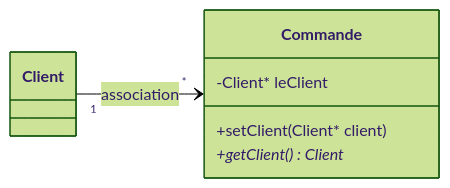
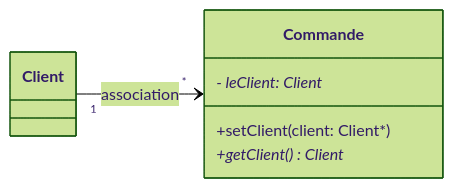
Before and after one commit to fabrice1618/intro-C: the tenth of 18 diagrams in cours_poo.md, drawn with Mermaid (forest theme). The commit also changed other lines of this file and 1 other file, not shown here.

Commit message:
correction UML

````diff
--- a/cours_poo.md
+++ b/cours_poo.md
@@ -1317,12 +1317,12 @@
 ```mermaid
 classDiagram
   direction LR
 
 class Commande{
-    -Client* leClient
-    +setClient(Client* client)
+    - leClient: Client*
+    +setClient(client: Client*)
     +getClient() Client*
 }
 
 Client "1" --> "*" Commande : association
 ```
````
